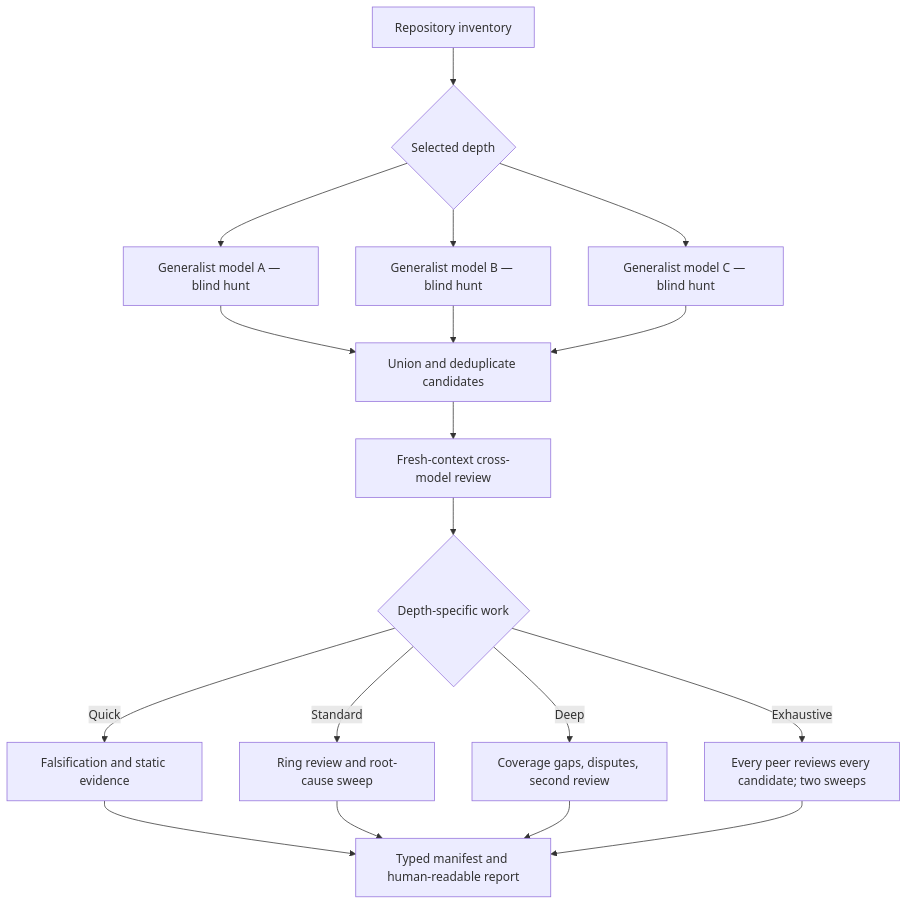
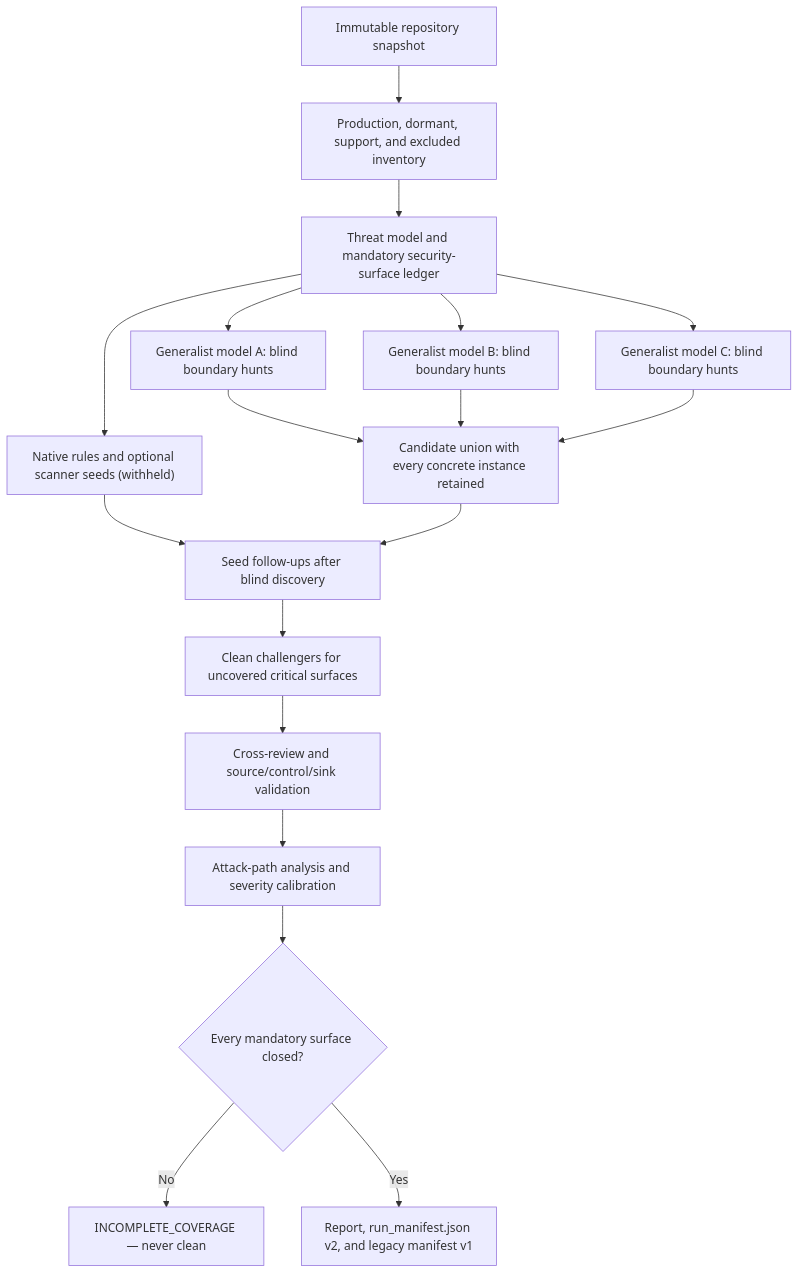
Before and after one commit to capitalone/VulnHunter: the diagram in README.md, drawn with Mermaid. The commit also changed other lines of this file and 42 other files, not shown here.

Commit message:
Add Codex-grade threat-model scanning

````diff
--- a/README.md
+++ b/README.md
@@ -147,20 +369,20 @@
 ```mermaid
 flowchart TD
-    A["Repository inventory"] --> B{"Selected depth"}
-    B --> H1["Generalist model A — blind hunt"]
-    B --> H2["Generalist model B — blind hunt"]
-    B --> H3["Generalist model C — blind hunt"]
-    H1 --> U["Union and deduplicate candidates"]
+    A["Immutable repository snapshot"] --> I["Production, dormant, support, and excluded inventory"]
+    I --> T["Threat model and mandatory security-surface ledger"]
+    T --> R["Native rules and optional scanner seeds (withheld)"]
+    T --> H1["Generalist model A: blind boundary hunts"]
+    T --> H2["Generalist model B: blind boundary hunts"]
+    T --> H3["Generalist model C: blind boundary hunts"]
+    H1 --> U["Candidate union with every concrete instance retained"]
     H2 --> U
     H3 --> U
-    U --> R["Fresh-context cross-model review"]
-    R --> Q{"Depth-specific work"}
-    Q -->|"Quick"| F["Falsification and static evidence"]
-    Q -->|"Standard"| S["Ring review and root-cause sweep"]
-    Q -->|"Deep"| D["Coverage gaps, disputes, second review"]
-    Q -->|"Exhaustive"| E["Every peer reviews every candidate; two sweeps"]
-    F --> O["Typed manifest and human-readable report"]
-    S --> O
-    D --> O
-    E --> O
+    R --> F["Seed follow-ups after blind discovery"]
+    U --> F
+    F --> C["Clean challengers for uncovered critical surfaces"]
+    C --> V["Cross-review and source/control/sink validation"]
+    V --> P["Attack-path analysis and severity calibration"]
+    P --> L{"Every mandatory surface closed?"}
+    L -->|"No"| X["INCOMPLETE_COVERAGE — never clean"]
+    L -->|"Yes"| O["Report, run_manifest.json v2, and legacy manifest v1"]
 ```
````
